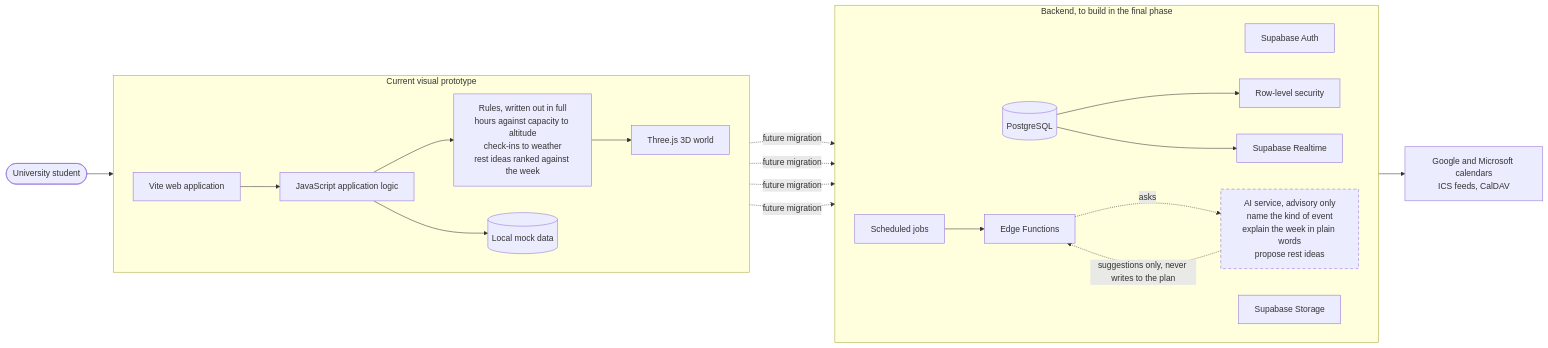
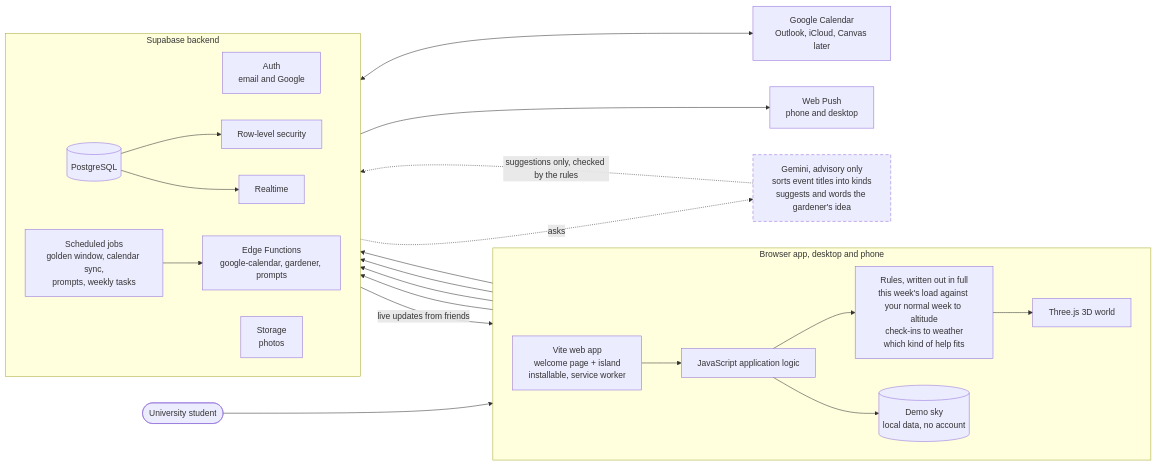
One commit to 25006675-png/Island_life changed the second of 3 diagrams in README.md. Above: the diagram before and after it, drawn with Mermaid. The commit also changed other lines of this file and 57 other files, not shown here.

````diff
--- a/README.md
+++ b/README.md
@@ -423,44 +509,47 @@
 ```mermaid
 flowchart LR
   student([University student])
 
-  subgraph proto["Current visual prototype"]
+  subgraph app["Browser app, desktop and phone"]
     direction LR
-    vite["Vite web application"]
+    vite["Vite web app<br/>welcome page + island<br/>installable, service worker"]
     logic["JavaScript application logic"]
-    rules["Rules, written out in full<br/>hours against capacity to altitude<br/>check-ins to weather<br/>rest ideas ranked against the week"]
+    rules["Rules, written out in full<br/>this week's load against your normal week to altitude<br/>check-ins to weather<br/>which kind of help fits"]
     world["Three.js 3D world"]
-    mock[("Local mock data")]
+    demo[("Demo sky<br/>local data, no account")]
   end
 
-  subgraph prod["Backend, to build in the final phase"]
+  subgraph backend["Supabase backend"]
     direction LR
-    auth["Supabase Auth"]
+    auth["Auth<br/>email and Google"]
     db[("PostgreSQL")]
     rls["Row-level security"]
-    realtime["Supabase Realtime"]
-    storage["Supabase Storage"]
-    cron["Scheduled jobs"]
-    edge["Edge Functions"]
-    ai["AI service, advisory only<br/>name the kind of event<br/>explain the week in plain words<br/>propose rest ideas"]
+    realtime["Realtime"]
+    storage["Storage<br/>photos"]
+    cron["Scheduled jobs<br/>golden window, calendar sync,<br/>prompts, weekly tasks"]
+    edge["Edge Functions<br/>google-calendar, gardener, prompts"]
   end
 
-  cal["Google and Microsoft calendars<br/>ICS feeds, CalDAV"]
+  ai["Gemini, advisory only<br/>sorts event titles into kinds<br/>suggests and words the gardener's idea"]
+  cal["Google Calendar<br/>Outlook, iCloud, Canvas later"]
+  push["Web Push<br/>phone and desktop"]
 
   student --> vite --> logic
   logic --> rules --> world
-  logic --> mock
-  logic -. future migration .-> auth
-  logic -. future migration .-> db
-  logic -. future migration .-> storage
-  logic -. future migration .-> edge
+  logic --> demo
+  logic --> auth
+  logic --> db
+  logic --> storage
+  logic --> edge
   db --> rls
   db --> realtime
+  realtime -->|"live updates from friends"| logic
   cron --> edge
-  edge --> cal
+  edge <--> cal
+  edge --> push
   edge -. asks .-> ai
-  ai -. suggestions only, never writes to the plan .-> edge
+  ai -. suggestions only, checked by the rules .-> edge
 
-  classDef planned stroke-dasharray:6 4;
-  class ai planned;
+  classDef advisory stroke-dasharray:6 4;
+  class ai advisory;
 ```
````
